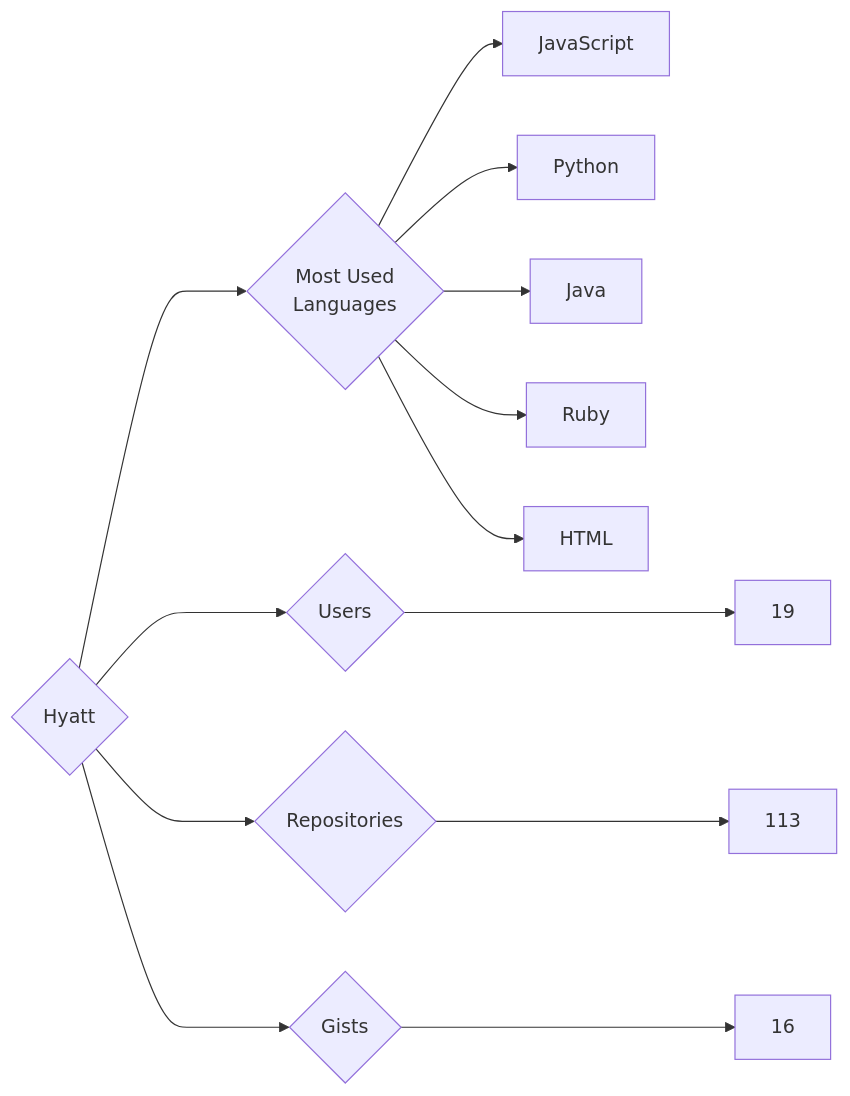
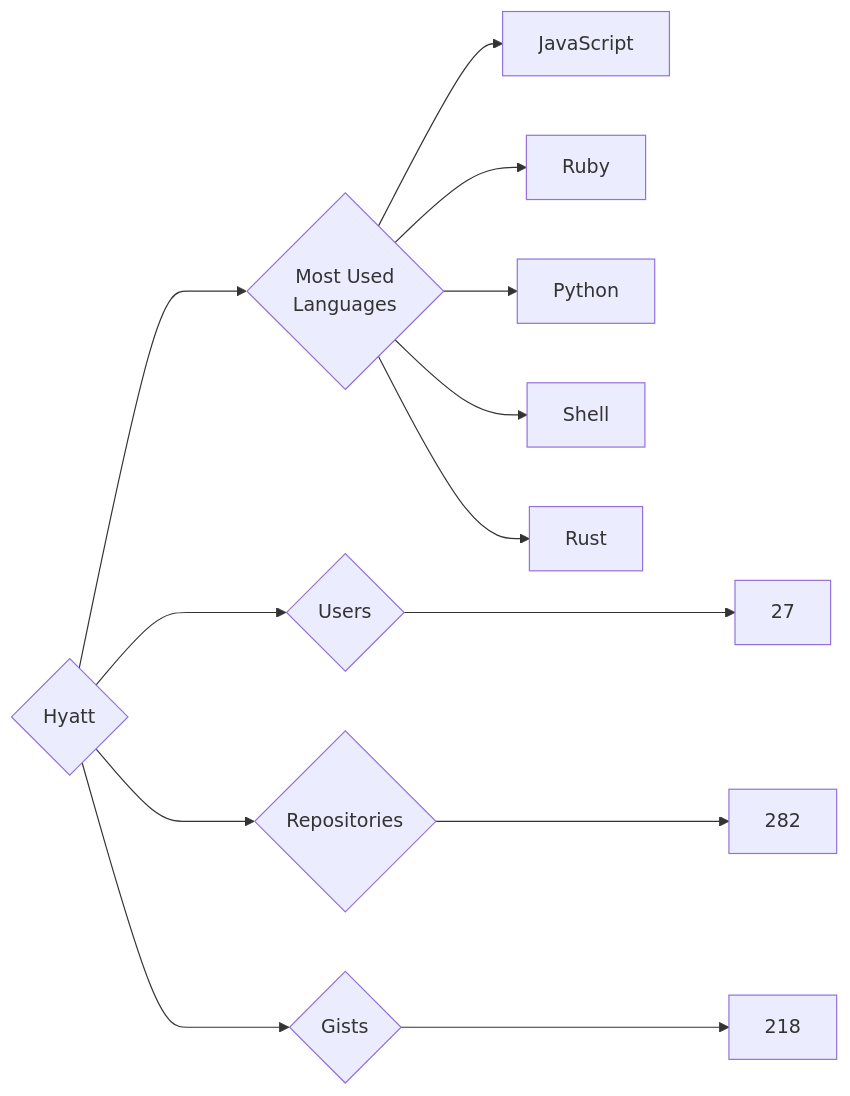
The diagram in targets/Hyatt/README.md (trickest/insiders), drawn with Mermaid before and after one commit. The commit also changed 965 other files, not shown here.

````diff
--- a/targets/Hyatt/README.md
+++ b/targets/Hyatt/README.md
@@ -3,13 +3,13 @@
 ```mermaid
 graph LR
 COMPANY_NAME{Hyatt}
-COMPANY_NAME ---> U{Users} ---> UN[19]
-COMPANY_NAME ---> R{Repositories} ---> RN[113]
-COMPANY_NAME ---> G{Gists} ---> GN[16]
+COMPANY_NAME ---> U{Users} ---> UN[27]
+COMPANY_NAME ---> R{Repositories} ---> RN[282]
+COMPANY_NAME ---> G{Gists} ---> GN[218]
 COMPANY_NAME ---> ML{Most Used<br>Languages}
 ML --> JavaScript[JavaScript]
+ML --> Ruby[Ruby]
 ML --> Python[Python]
-ML --> Java[Java]
-ML --> Ruby[Ruby]
-ML --> HTML[HTML]
+ML --> Shell[Shell]
+ML --> Rust[Rust]
 ```
````
